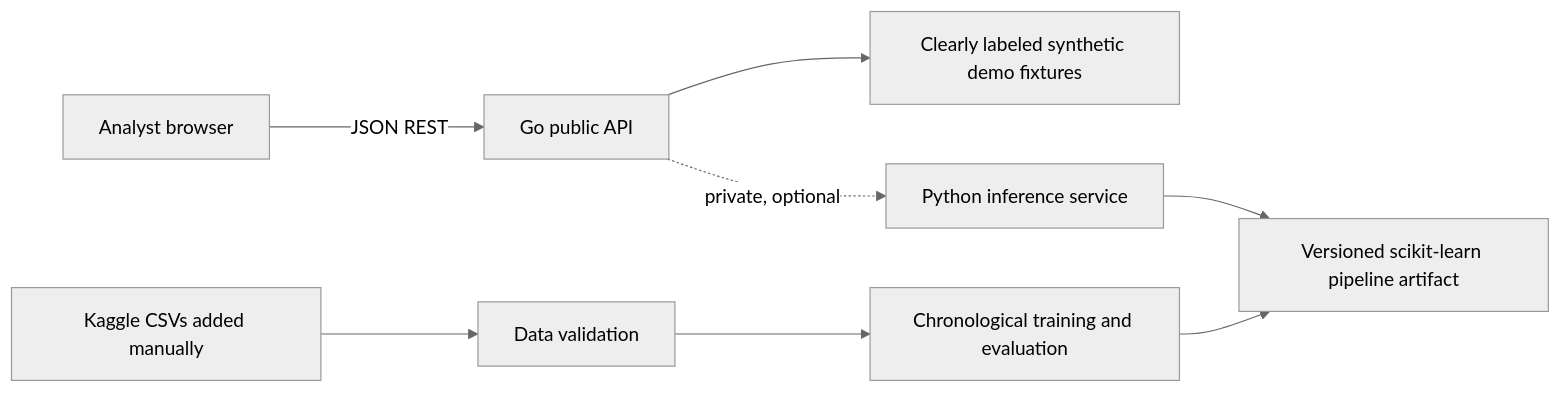
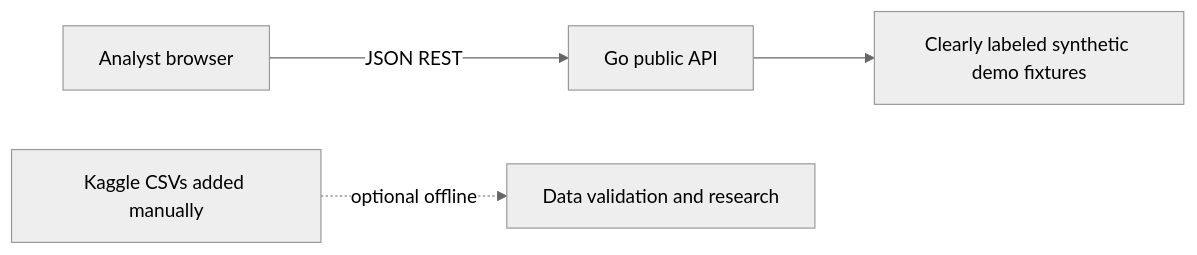
One commit to meayushsriv/VerityFlow-AI changed the diagram in README.md. Above: the diagram before and after it, drawn with Mermaid (neutral theme). The commit also changed other lines of this file and 14 other files, not shown here.

````diff
--- a/README.md
+++ b/README.md
@@ -22,10 +22,6 @@
 ```mermaid
 flowchart LR
   Analyst[Analyst browser] -->|JSON REST| Go[Go public API]
   Go --> Demo[Clearly labeled synthetic demo fixtures]
-  Go -. private, optional .-> Inference[Python inference service]
-  Inference --> Artifact[Versioned scikit-learn pipeline artifact]
-  Dataset[Kaggle CSVs added manually] --> Validate[Data validation]
-  Validate --> Train[Chronological training and evaluation]
-  Train --> Artifact
+  Dataset[Kaggle CSVs added manually] -. optional offline .-> Validate[Data validation and research]
 ```
````
